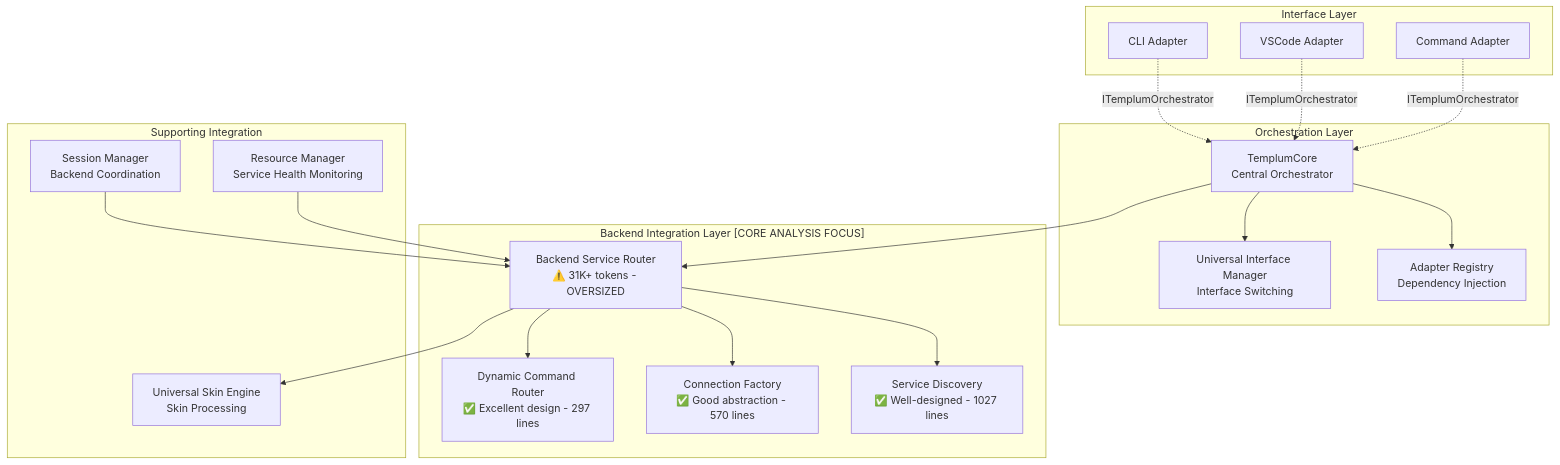
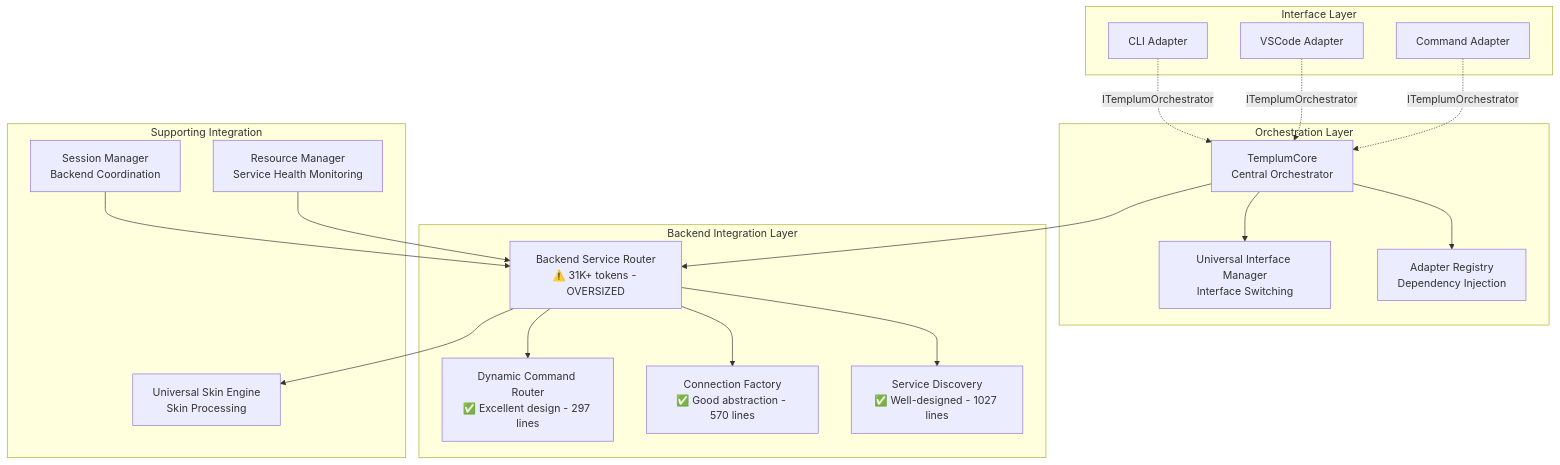
One commit to Dub1n/phoenix changed the diagram in Templum/dev/architecture/component-dependency-map.md. Above: the diagram before and after it, drawn with Mermaid. The commit also changed 57 other files, not shown here.

````diff
--- a/Templum/dev/architecture/component-dependency-map.md
+++ b/Templum/dev/architecture/component-dependency-map.md
@@ -31,43 +31,43 @@
 ```mermaid
 graph TB
     subgraph "Interface Layer"
         CLI[CLI Adapter]
         VSC[VSCode Adapter]  
         CMD[Command Adapter]
     end
     
     subgraph "Orchestration Layer"
         TC[TemplumCore<br/>Central Orchestrator]
         AR[Adapter Registry<br/>Dependency Injection]
         UIM[Universal Interface Manager<br/>Interface Switching]
     end
     
-    subgraph "Backend Integration Layer [CORE ANALYSIS FOCUS]"
+    subgraph "Backend Integration Layer"
         BSR[Backend Service Router<br/>⚠️ 31K+ tokens - OVERSIZED]
         SD[Service Discovery<br/>✅ Well-designed - 1027 lines]
         CF[Connection Factory<br/>✅ Good abstraction - 570 lines]
         DCR[Dynamic Command Router<br/>✅ Excellent design - 297 lines]
     end
     
     subgraph "Supporting Integration"
         USE[Universal Skin Engine<br/>Skin Processing]
         SM[Session Manager<br/>Backend Coordination]
         RM[Resource Manager<br/>Service Health Monitoring]
     end
     
     CLI -.-> |ITemplumOrchestrator| TC
     VSC -.-> |ITemplumOrchestrator| TC
     CMD -.-> |ITemplumOrchestrator| TC
     
     TC --> AR
     TC --> UIM
     TC --> BSR
     
     BSR --> SD
     BSR --> CF
     BSR --> DCR
     BSR --> USE
     
     SM --> BSR
     RM --> BSR
 ```
````
